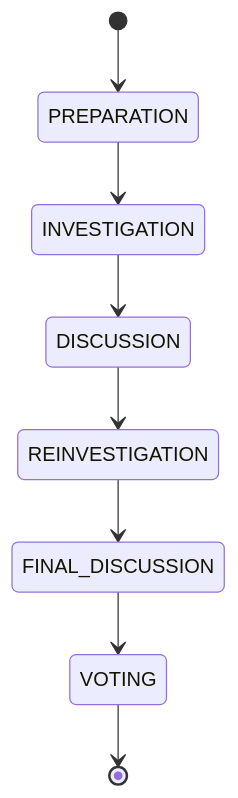
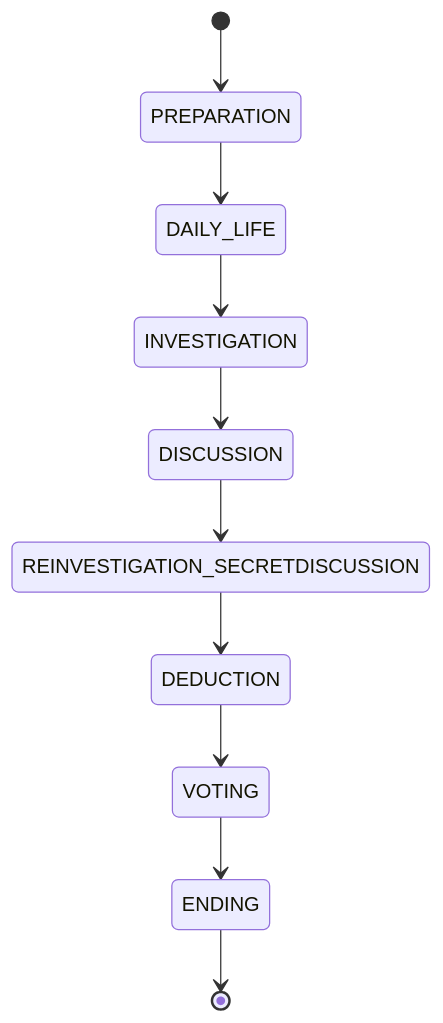
One commit to terao-ryohei/MDMSScript changed the fourth of 5 diagrams in docs/detailed-design.md. Above: the diagram before and after it, drawn with Mermaid. The commit also changed other lines of this file and 66 other files, not shown here.

````diff
--- a/docs/detailed-design.md
+++ b/docs/detailed-design.md
@@ -144,10 +144,12 @@
 ```mermaid
 stateDiagram-v2
     [*] --> PREPARATION
-    PREPARATION --> INVESTIGATION
+    PREPARATION --> DAILY_LIFE
+    DAILY_LIFE --> INVESTIGATION
     INVESTIGATION --> DISCUSSION
-    DISCUSSION --> REINVESTIGATION
-    REINVESTIGATION --> FINAL_DISCUSSION
-    FINAL_DISCUSSION --> VOTING
-    VOTING --> [*]
+    DISCUSSION --> REINVESTIGATION_SECRETDISCUSSION
+    REINVESTIGATION_SECRETDISCUSSION --> DEDUCTION
+    DEDUCTION --> VOTING
+    VOTING --> ENDING
+    ENDING --> [*]
 ```
````
